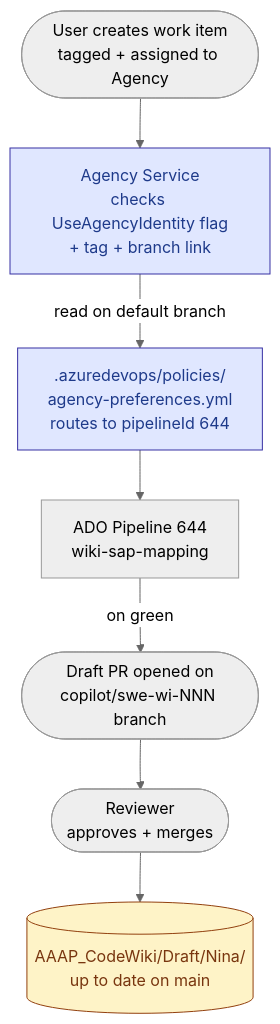
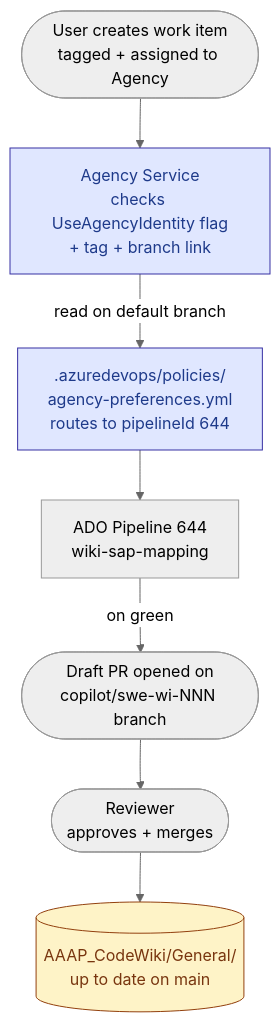
The first of 3 diagrams in README.md (MSNina123456/wiki-sap-mapping), drawn with Mermaid (neutral theme) before and after one commit. The commit also changed other lines of this file and 4 other files, not shown here.

First line of the commit message:
Migrate publish path AAAP_CodeWiki/Draft/Nina -> AAAP_CodeWiki/General

````diff
--- a/README.md
+++ b/README.md
@@ -63,21 +63,21 @@
 ```mermaid
 flowchart TD
   U([User creates work item<br/>tagged + assigned to Agency])
   AS[Agency Service<br/>checks UseAgencyIdentity flag<br/>+ tag + branch link]
   AP[".azuredevops/policies/<br/>agency-preferences.yml<br/>routes to pipelineId 644"]
   PIPE[ADO Pipeline 644<br/>wiki-sap-mapping]
   PR([Draft PR opened on<br/>copilot/swe-wi-NNN branch])
   REV([Reviewer<br/>approves + merges])
 
   U --> AS
   AS -->|read on default branch| AP
   AP --> PIPE
   PIPE -->|on green| PR
   PR --> REV
-  REV --> WIKI[(AAAP_CodeWiki/Draft/Nina/<br/>up to date on main)]
+  REV --> WIKI[(AAAP_CodeWiki/General/<br/>up to date on main)]
 
   classDef external fill:#e0e7ff,stroke:#3730a3,color:#1e3a8a
   classDef artifact fill:#fef3c7,stroke:#92400e,color:#78350f
   class AS,AP external
   class WIKI artifact
 ```
````
